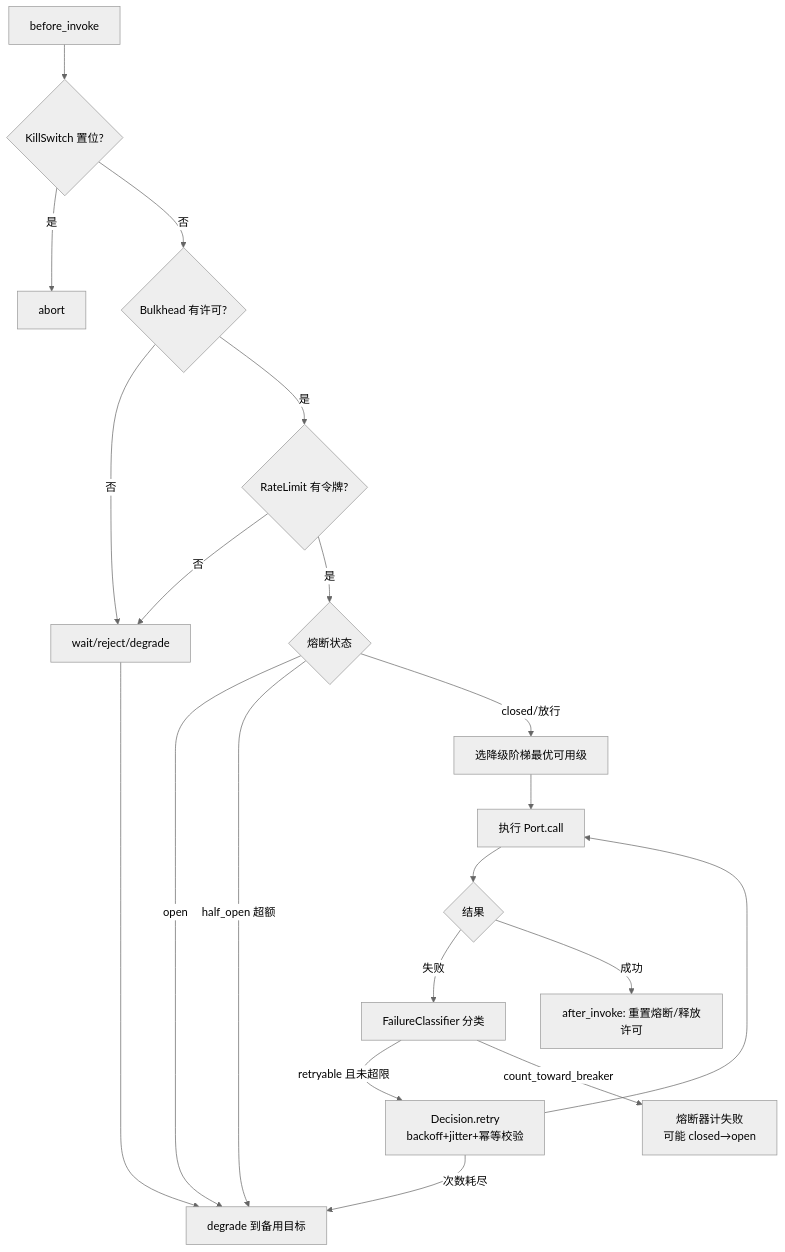
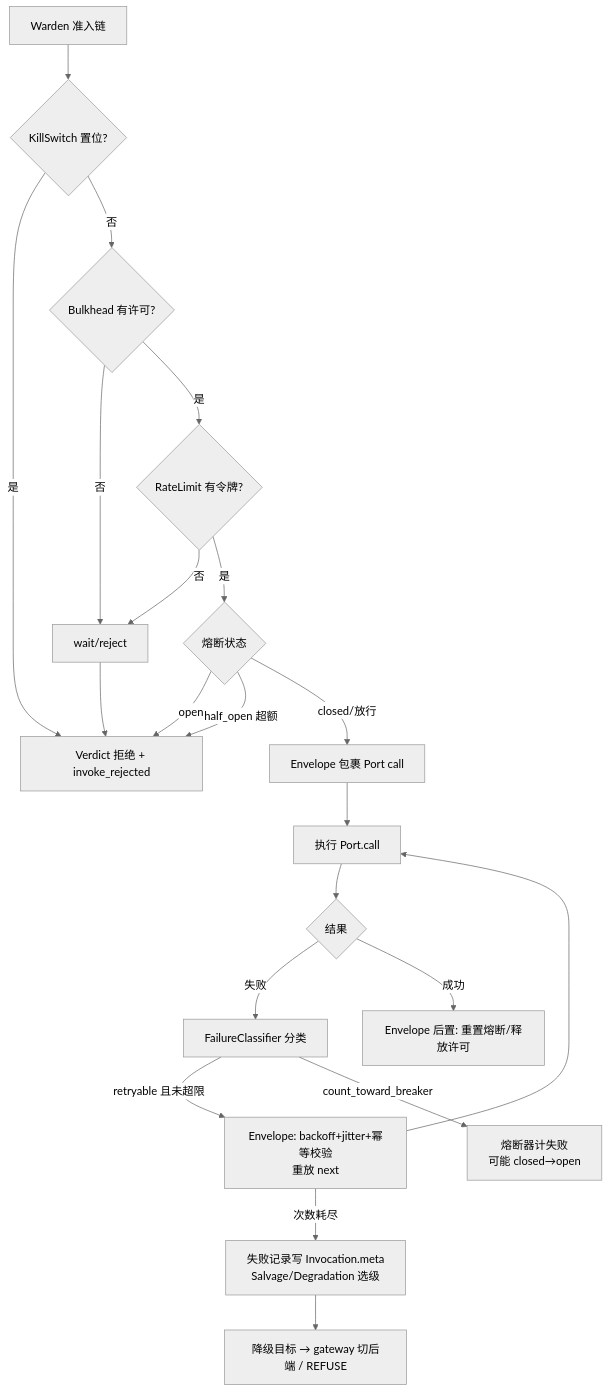
Before and after one commit to sao-lang/lll: the fifth of 13 diagrams in docs/01-总览与设计/AGENT-总设计.md, drawn with Mermaid (neutral theme). The commit also changed other lines of this file and 127 other files, not shown here.

````diff
--- a/docs/01-总览与设计/AGENT-总设计.md
+++ b/docs/01-总览与设计/AGENT-总设计.md
@@ -579,22 +690,23 @@
 ```mermaid
 flowchart TD
-    IN["before_invoke"] --> KS{"KillSwitch 置位?"}
-    KS -->|是| ABORT["abort"]
+    IN["Warden 准入链"] --> KS{"KillSwitch 置位?"}
+    KS -->|是| RJ["Verdict 拒绝 + invoke_rejected"]
     KS -->|否| BH{"Bulkhead 有许可?"}
-    BH -->|否| WAIT["wait/reject/degrade"]
+    BH -->|否| WAIT["wait/reject"]
     BH -->|是| RL{"RateLimit 有令牌?"}
     RL -->|否| WAIT
     RL -->|是| CB{"熔断状态"}
-    CB -->|open| DEG["degrade 到备用目标"]
-    CB -->|half_open 超额| DEG
-    CB -->|closed/放行| DG["选降级阶梯最优可用级"]
-    DG --> CALL["执行 Port.call"]
+    CB -->|open| RJ
+    CB -->|half_open 超额| RJ
+    CB -->|closed/放行| EN["Envelope 包裹 Port call"]
+    EN --> CALL["执行 Port.call"]
     CALL --> R{"结果"}
     R -->|失败| FC["FailureClassifier 分类"]
-    FC -->|retryable 且未超限| RETRY["Decision.retry<br/>backoff+jitter+幂等校验"]
+    FC -->|retryable 且未超限| RETRY["Envelope: backoff+jitter+幂等校验<br/>重放 next"]
     RETRY --> CALL
     FC -->|count_toward_breaker| BC["熔断器计失败<br/>可能 closed→open"]
-    R -->|成功| OK["after_invoke: 重置熔断/释放许可"]
-    WAIT --> DEG
-    RETRY -->|次数耗尽| DEG
+    R -->|成功| OK["Envelope 后置: 重置熔断/释放许可"]
+    WAIT --> RJ
+    RETRY -->|次数耗尽| SV["失败记录写 Invocation.meta<br/>Salvage/Degradation 选级"]
+    SV --> DEG["降级目标 → gateway 切后端 / REFUSE"]
 ```
````
